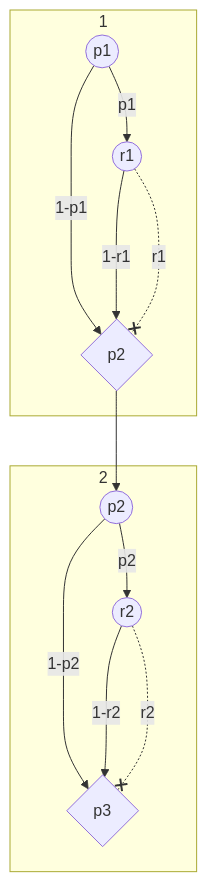
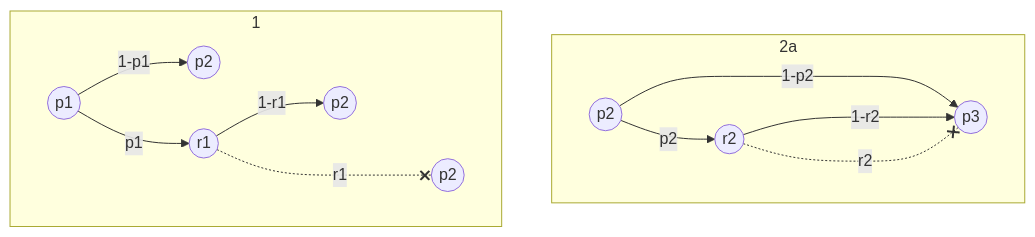
Before and after one commit to bfeitknecht/vault: the third of 4 diagrams in vault/sem2/AuW/UE/cx/bf/cx07-bf.md, drawn with Mermaid. The commit also changed other lines of this file, not shown here.

Commit message:
vault backup: 2024-05-04 01:58:03 from MacBook Pro (echo)
Affected files:
vault/sem2/AuW/UE/cx/bf/cx07-bf.md

````diff
--- a/vault/sem2/AuW/UE/cx/bf/cx07-bf.md
+++ b/vault/sem2/AuW/UE/cx/bf/cx07-bf.md
@@ -80,28 +80,28 @@
 ```mermaid
-flowchart
+flowchart TD
 
 subgraph 1
 id1((p1))
-id2{p2}
-id3((r1))
-id1-->|"1-p1"|id2
-id1-->|"p1"|id3
-id3-->|"1-r1"|id2
-id3-..-x|"r1"|id2
+id2((r1))
+id3((p2))
+id4((p2))
+id5((p2))
+
+id1-->|"1-p1"|id3
+id1-->|"p1"|id2
+id2-->|"1-r1"|id4
+id2-..-x|"r1"|id5
 end
 
-subgraph 2
-id4((p2))
-id5{p3}
-id6((r2))
+subgraph 2a
+id7((p2))
+id8((p3))
+id9((r2))
 
-id4-->|"1-p2"|id5
-id4-->|"p2"|id6
-id6-->|"1-r2"|id5
-id6-..-x|"r2"|id5
+id7-->|"1-p2"|id8
+id7-->|"p2"|id9
+id9-->|"1-r2"|id8
+id9-..-x|"r2"|id8
 end
 
-
-id2-->id4
-
 ```
````
